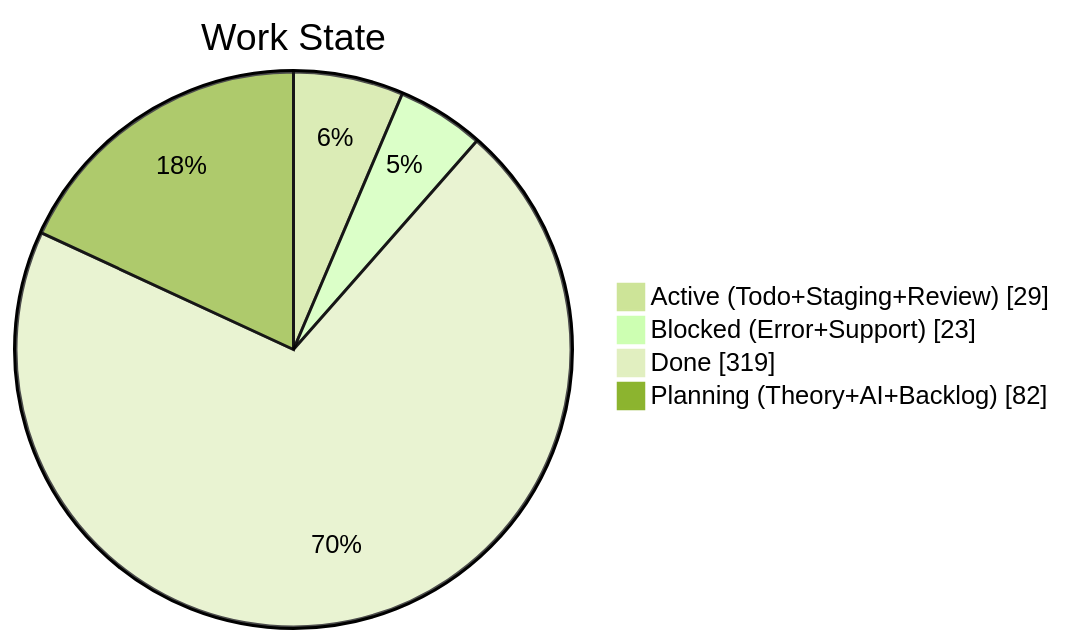
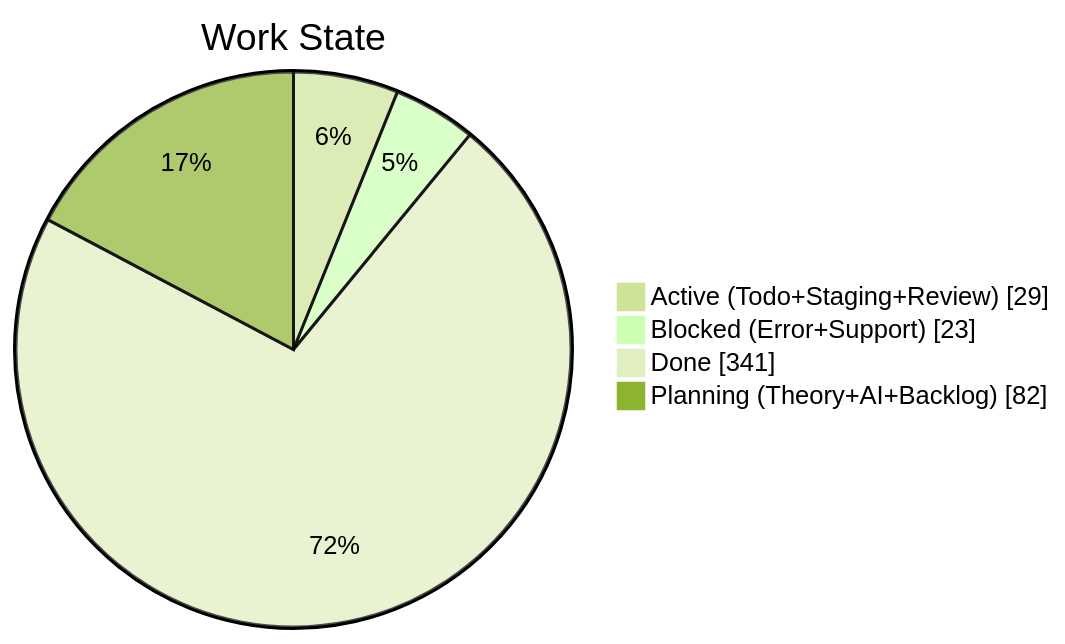
Before and after one commit to KBVE/kbve: the second of 4 diagrams in apps/kbve/astro-kbve/src/content/docs/dashboard/kanban-data.mdx, drawn with Mermaid (forest theme). The commit also changed other lines of this file and 2 other files, not shown here.

````diff
--- a/apps/kbve/astro-kbve/src/content/docs/dashboard/kanban-data.mdx
+++ b/apps/kbve/astro-kbve/src/content/docs/dashboard/kanban-data.mdx
@@ -204,8 +204,8 @@
 ```mermaid
 pie showData
     title Work State
     "Active (Todo+Staging+Review)" : 29
     "Blocked (Error+Support)" : 23
-    "Done" : 319
+    "Done" : 341
     "Planning (Theory+AI+Backlog)" : 82
 ```
````
